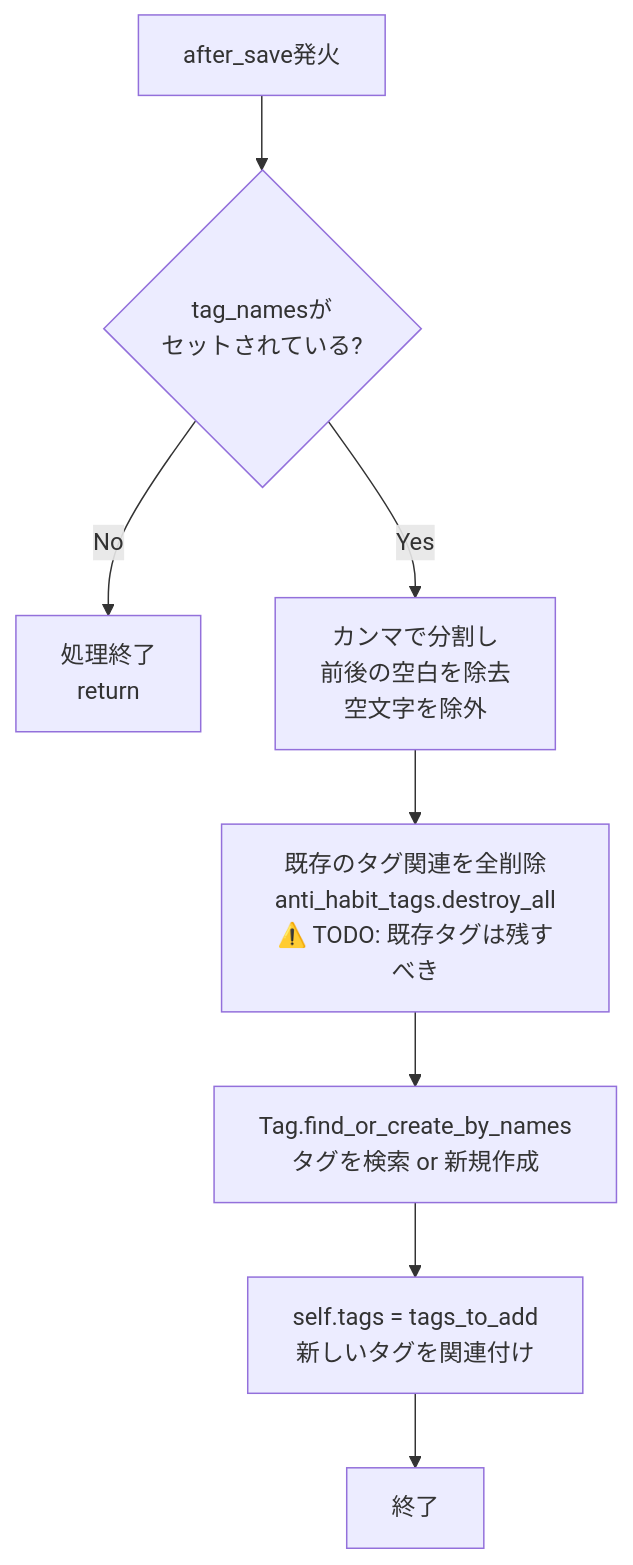
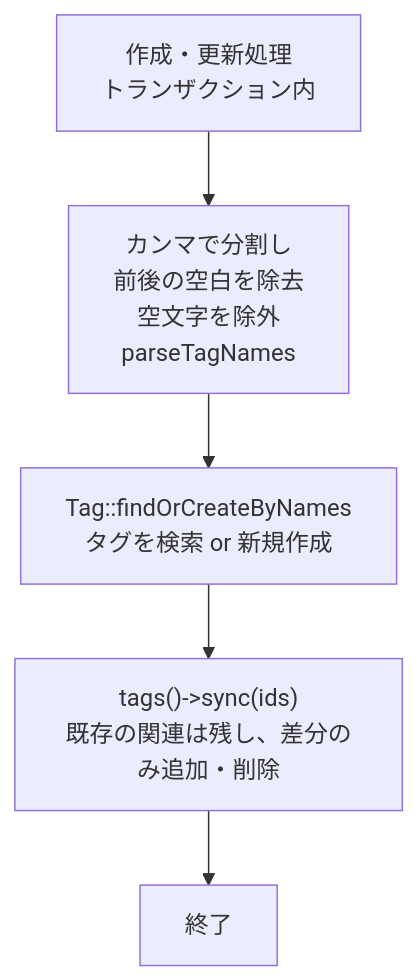
One commit to kamiyuu0/anti_habits changed the diagram in docs/save_tags_without_validation.md. Above: the diagram before and after it, drawn with Mermaid. The commit also changed other lines of this file and 397 other files, not shown here.

````diff
--- a/docs/save_tags_without_validation.md
+++ b/docs/save_tags_without_validation.md
@@ -7,15 +8,10 @@
 ```mermaid
 flowchart TD
-    A[after_save発火] --> B{tag_namesが<br>セットされている?}
+    A[作成・更新処理<br>トランザクション内] --> B[カンマで分割し<br>前後の空白を除去<br>空文字を除外<br>parseTagNames]
 
-    B -- No --> C[処理終了<br>return]
-    B -- Yes --> D[カンマで分割し<br>前後の空白を除去<br>空文字を除外]
+    B --> C[Tag::findOrCreateByNames<br>タグを検索 or 新規作成]
 
-    D --> E["既存のタグ関連を全削除<br>anti_habit_tags.destroy_all<br>⚠️ TODO: 既存タグは残すべき"]
+    C --> D["tags()->sync(ids)<br>既存の関連は残し、差分のみ追加・削除"]
 
-    E --> F[Tag.find_or_create_by_names<br>タグを検索 or 新規作成]
-
-    F --> G[self.tags = tags_to_add<br>新しいタグを関連付け]
-
-    G --> H[終了]
+    D --> E[終了]
 ```
````
